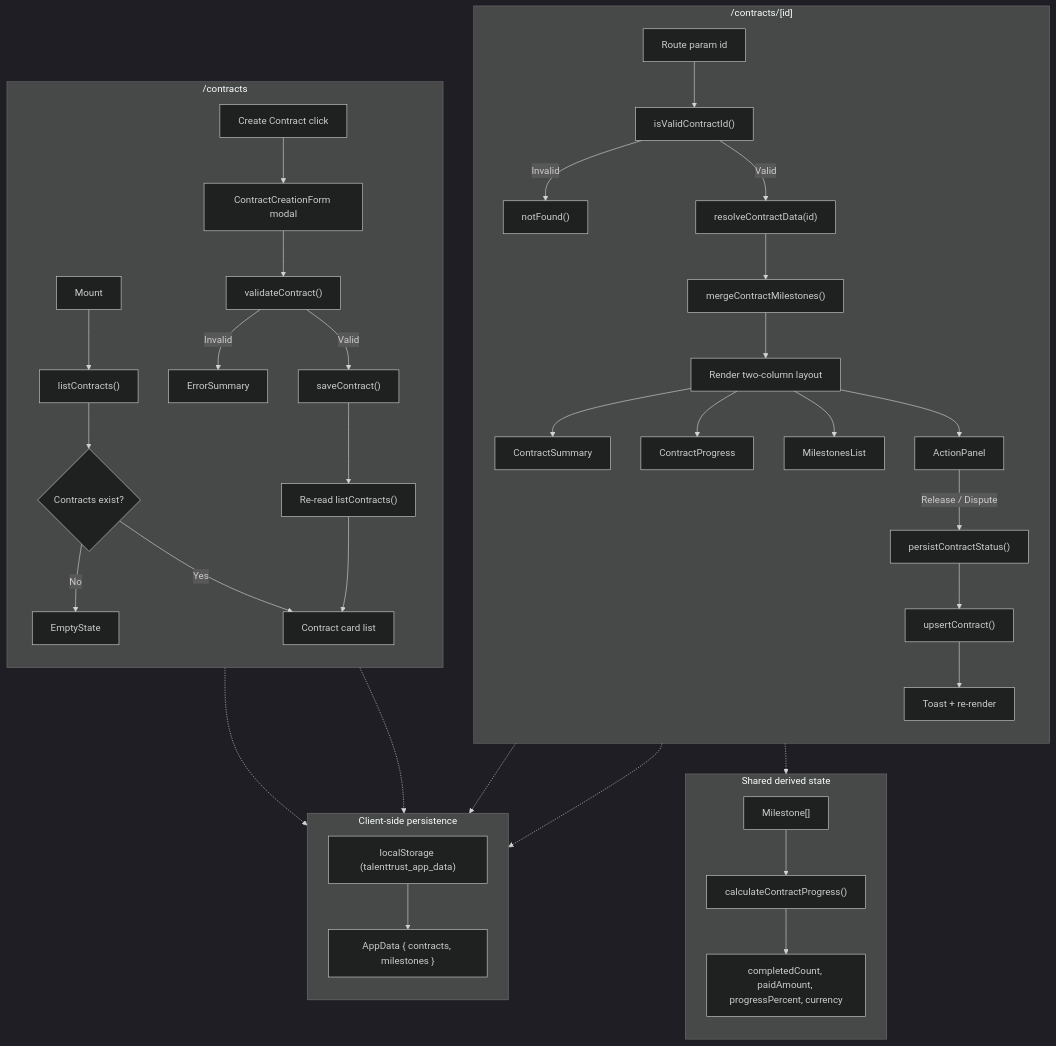
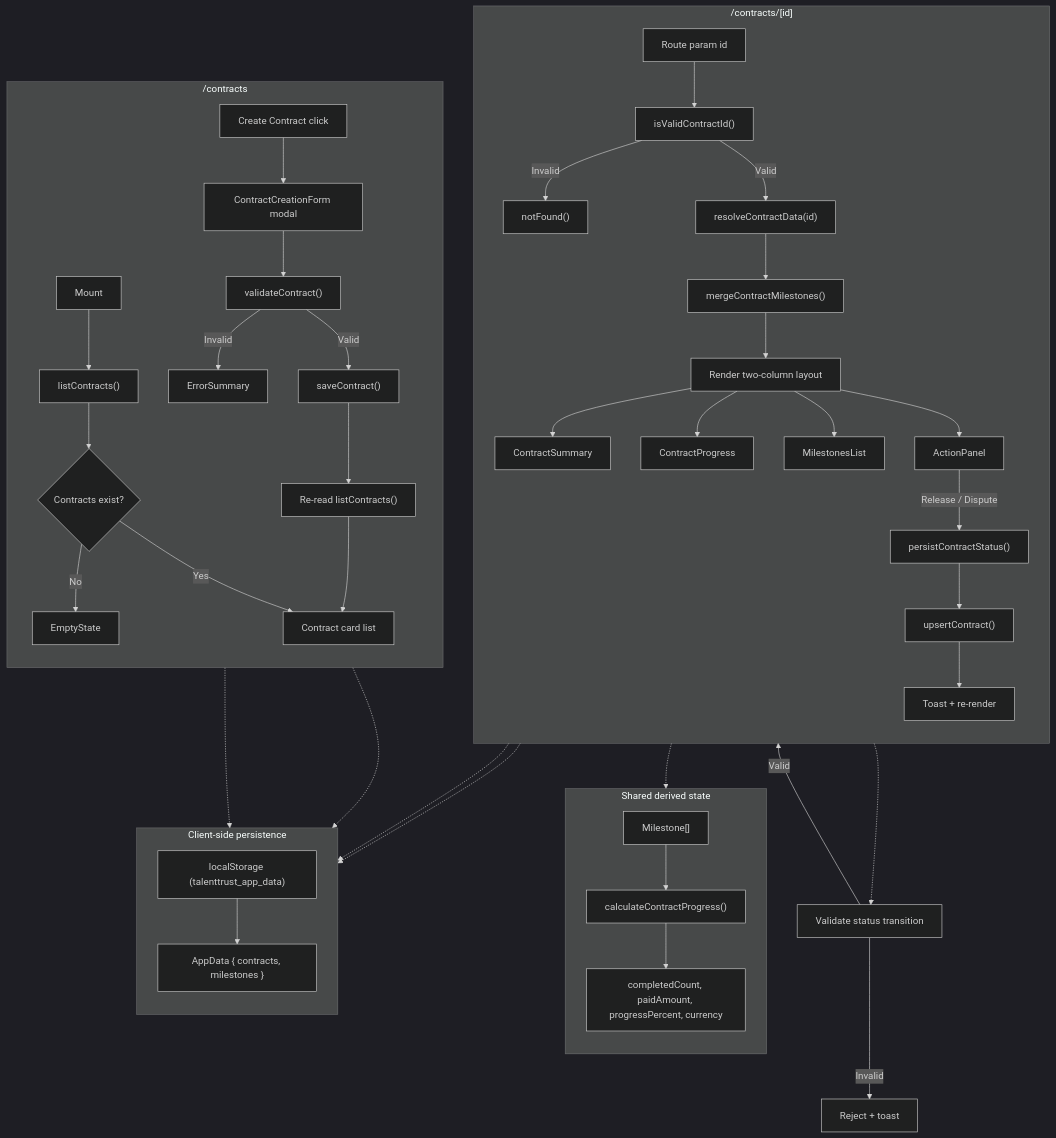
Before and after one commit to AGWAM001/Talenttrust-Frontend: the diagram in docs/contracts-data-flow.md, drawn with Mermaid (dark theme). The commit also changed other lines of this file and 3 other files, not shown here.

````diff
--- a/docs/contracts-data-flow.md
+++ b/docs/contracts-data-flow.md
@@ -5,53 +5,56 @@
 ```mermaid
 flowchart TB
     subgraph ListPage["/contracts"]
         direction TB
         A1["Mount"] --> A2["listContracts()"]
         A2 --> A3{"Contracts exist?"}
         A3 -- "No" --> A4["EmptyState"]
         A3 -- "Yes" --> A5["Contract card list"]
 
         A6["Create Contract click"] --> A7["ContractCreationForm modal"]
         A7 --> A8["validateContract()"]
         A8 -- "Invalid" --> A9["ErrorSummary"]
         A8 -- "Valid" --> A10["saveContract()"]
         A10 --> A11["Re-read listContracts()"]
         A11 --> A5
     end
 
     subgraph DetailPage["/contracts/[id]"]
         direction TB
         B1["Route param id"] --> B2["isValidContractId()"]
         B2 -- "Invalid" --> B3["notFound()"]
         B2 -- "Valid" --> B4["resolveContractData(id)"]
         B4 --> B5["mergeContractMilestones()"]
         B5 --> B6["Render two-column layout"]
 
         B6 --> B7["ContractSummary"]
         B6 --> B8["ContractProgress"]
         B6 --> B9["MilestonesList"]
         B6 --> B10["ActionPanel"]
 
         B10 -- "Release / Dispute" --> B11["persistContractStatus()"]
         B11 --> B12["upsertContract()"]
         B12 --> B13["Toast + re-render"]
     end
 
     subgraph DerivedData["Shared derived state"]
         direction TB
         C1["Milestone[]"] --> C2["calculateContractProgress()"]
         C2 --> C3["completedCount, paidAmount, progressPercent, currency"]
     end
 
     subgraph Persistence["Client-side persistence"]
         direction TB
         D1["localStorage (talenttrust_app_data)"]
         D1 --> D2["AppData { contracts, milestones }"]
     end
 
     A2 -.-> D1
     A10 -.-> D1
     B5 -.-> D1
     B12 -.-> D1
     B8 -.-> C1
+    B11 -.-> B14["Validate status transition"]
+    B14 -- "Invalid" --> B15["Reject + toast"]
+    B14 -- "Valid" --> B12
 ```
````
